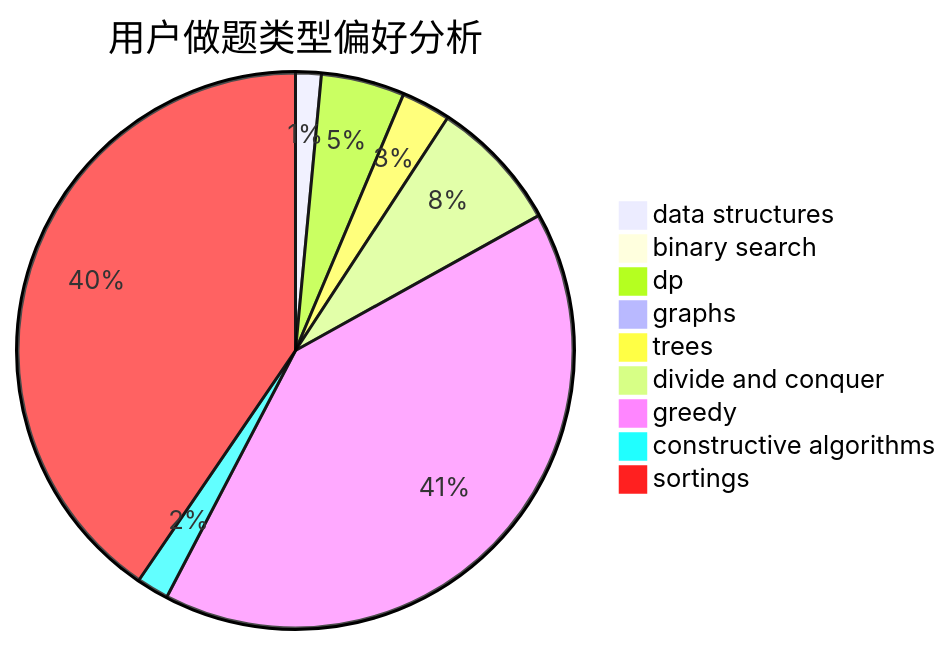
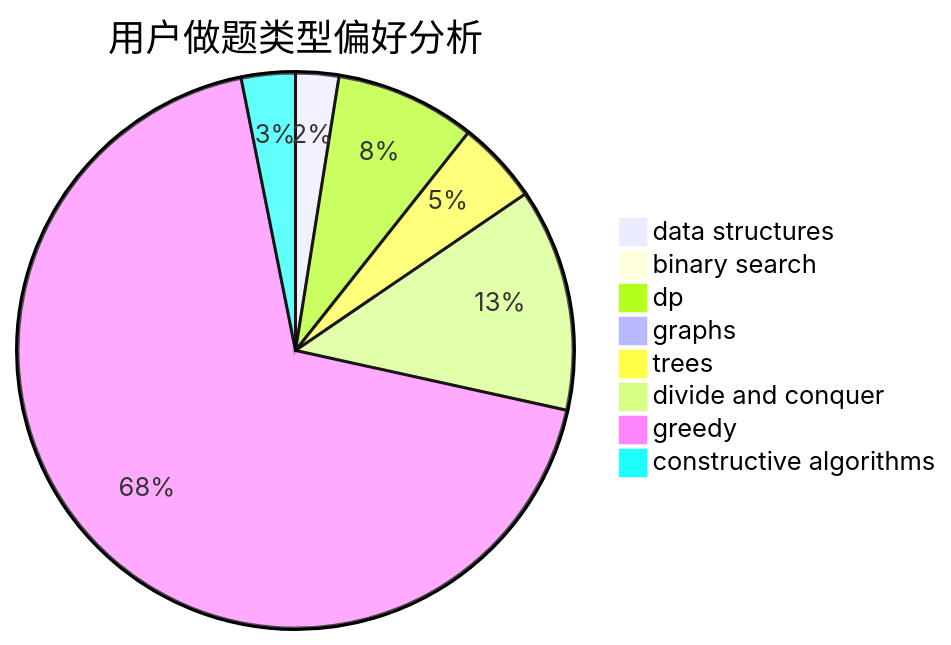
The second of 3 diagrams in docs/user/u1043.md (sherpahu/cfrs.github.io), drawn with Mermaid before and after one commit. The commit also changed other lines of this file and 2769 other files, not shown here.

````diff
--- a/docs/user/u1043.md
+++ b/docs/user/u1043.md
@@ -18,12 +18,11 @@
 ```mermaid
 pie title 用户做题类型偏好分析
     "data structures" :  12
     "binary search" :  3
     "dp" :  39
     "graphs" :  0
     "trees" :  23
     "divide and conquer" :  62
     "greedy" :  327
     "constructive algorithms" :  15
-    "sortings" :  325
 ```
````
